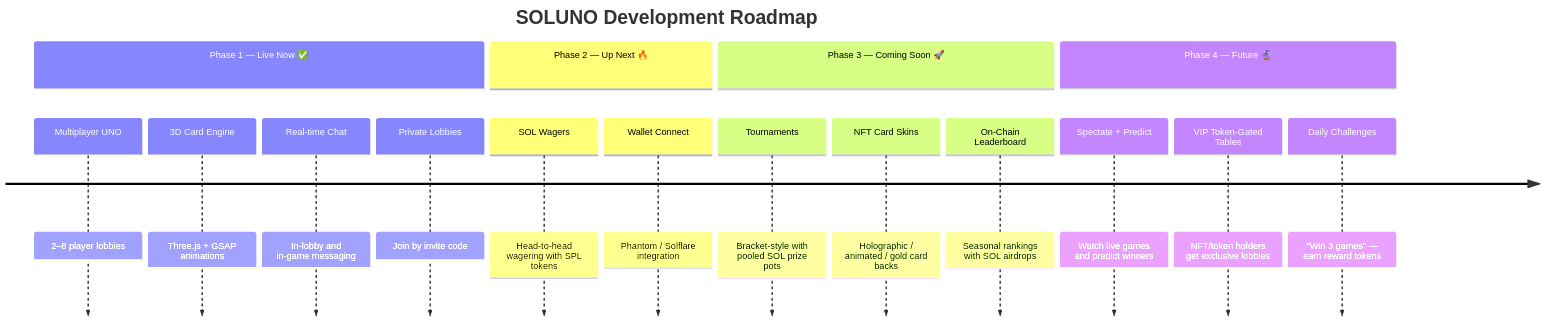
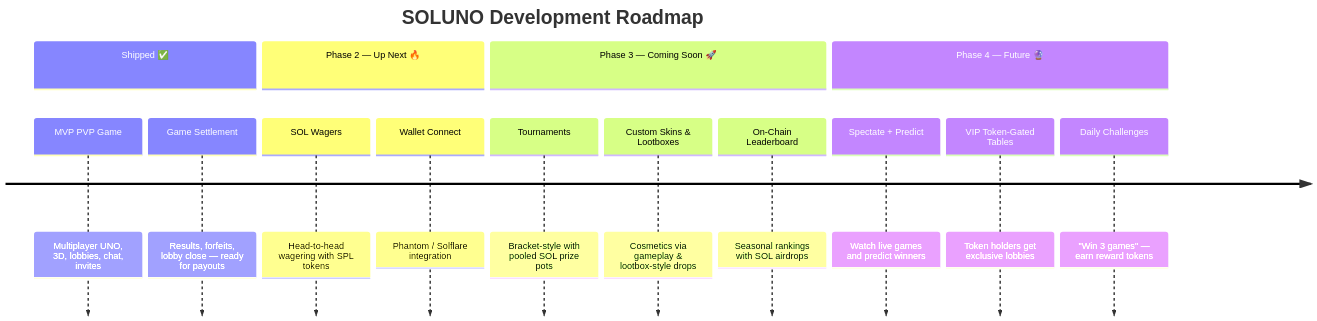
The second of 2 diagrams in README.md (Tanner253/1-in-spansh), drawn with Mermaid before and after one commit. The commit also changed other lines of this file and 1 other file, not shown here.

````diff
--- a/README.md
+++ b/README.md
@@ -120,20 +120,18 @@
 ```mermaid
 timeline
     title SOLUNO Development Roadmap
-    section Phase 1 — Live Now ✅
-      Multiplayer UNO : 2–8 player lobbies
-      3D Card Engine : Three.js + GSAP animations
-      Real-time Chat : In-lobby and in-game messaging
-      Private Lobbies : Join by invite code
+    section Shipped ✅
+      MVP PVP Game : Multiplayer UNO, 3D, lobbies, chat, invites
+      Game Settlement : Results, forfeits, lobby close — ready for payouts
     section Phase 2 — Up Next 🔥
       SOL Wagers : Head-to-head wagering with SPL tokens
       Wallet Connect : Phantom / Solflare integration
     section Phase 3 — Coming Soon 🚀
       Tournaments : Bracket-style with pooled SOL prize pots
-      NFT Card Skins : Holographic / animated / gold card backs
+      Custom Skins & Lootboxes : Cosmetics via gameplay & lootbox-style drops
       On-Chain Leaderboard : Seasonal rankings with SOL airdrops
     section Phase 4 — Future 🔮
       Spectate + Predict : Watch live games and predict winners
-      VIP Token-Gated Tables : NFT/token holders get exclusive lobbies
+      VIP Token-Gated Tables : Token holders get exclusive lobbies
       Daily Challenges : "Win 3 games" — earn reward tokens
 ```
````
